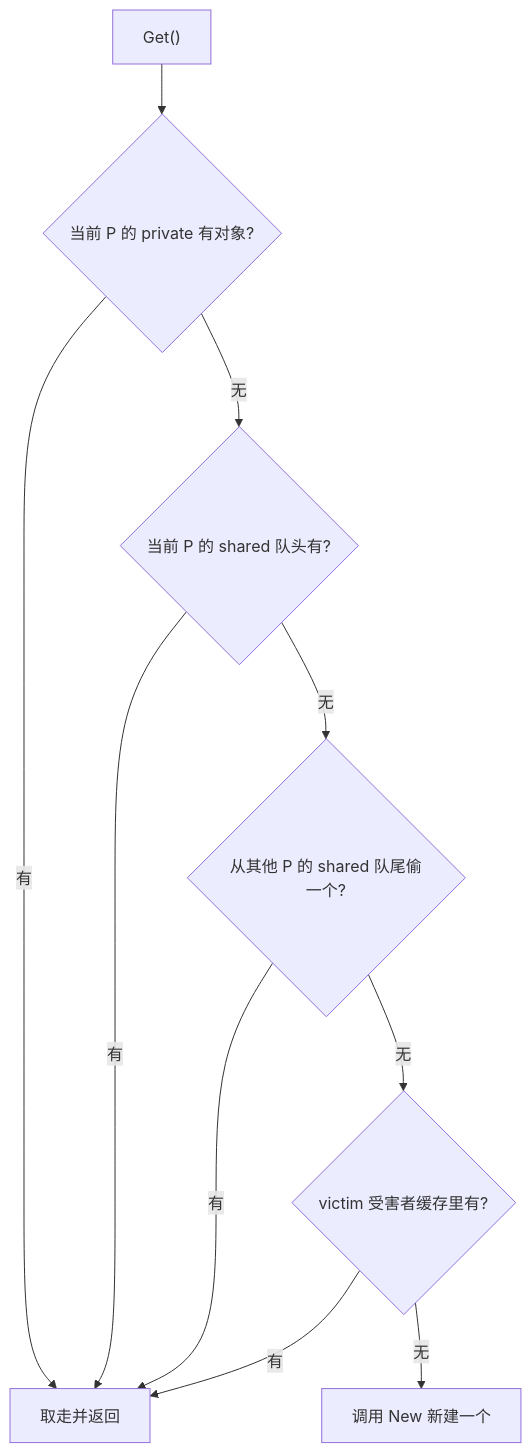
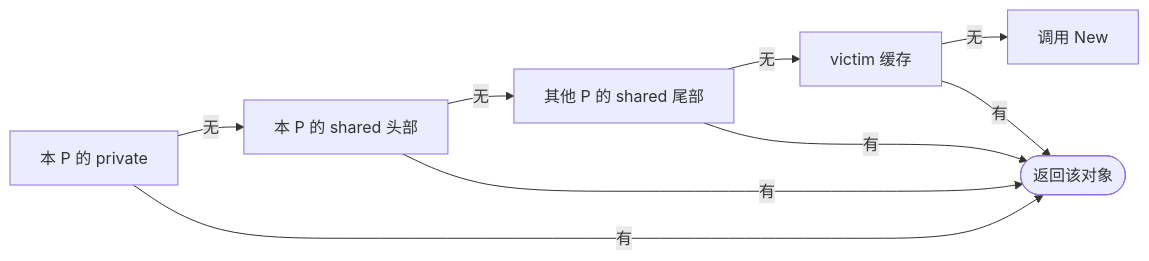
The diagram in book/zh-cn/part3concurrency/ch11sync/pool.md (golang-design/under-the-hood), drawn with Mermaid before and after one commit. The commit also changed other lines of this file and 9 other files, not shown here.

````diff
--- a/book/zh-cn/part3concurrency/ch11sync/pool.md
+++ b/book/zh-cn/part3concurrency/ch11sync/pool.md
@@ -98,12 +191,8 @@
 ```mermaid
-flowchart TD
-    GET["Get()"] --> PRIV{当前 P 的 private 有对象?}
-    PRIV -->|有| R[取走并返回]
-    PRIV -->|无| SHARED{当前 P 的 shared 队头有?}
-    SHARED -->|有| R
-    SHARED -->|无| STEAL{从其他 P 的 shared 队尾偷一个?}
-    STEAL -->|有| R
-    STEAL -->|无| VICTIM{victim 受害者缓存里有?}
-    VICTIM -->|有| R
-    VICTIM -->|无| NEW["调用 New 新建一个"]
+flowchart LR
+    PRIV["本 P 的 private"] -->|无| SHARED["本 P 的 shared 头部"]
+    SHARED -->|无| STEAL["其他 P 的 shared 尾部"]
+    STEAL -->|无| VICTIM["victim 缓存"]
+    VICTIM -->|无| NEW["调用 New"]
+    PRIV & SHARED & STEAL & VICTIM -->|有| R(["返回该对象"])
 ```
````
